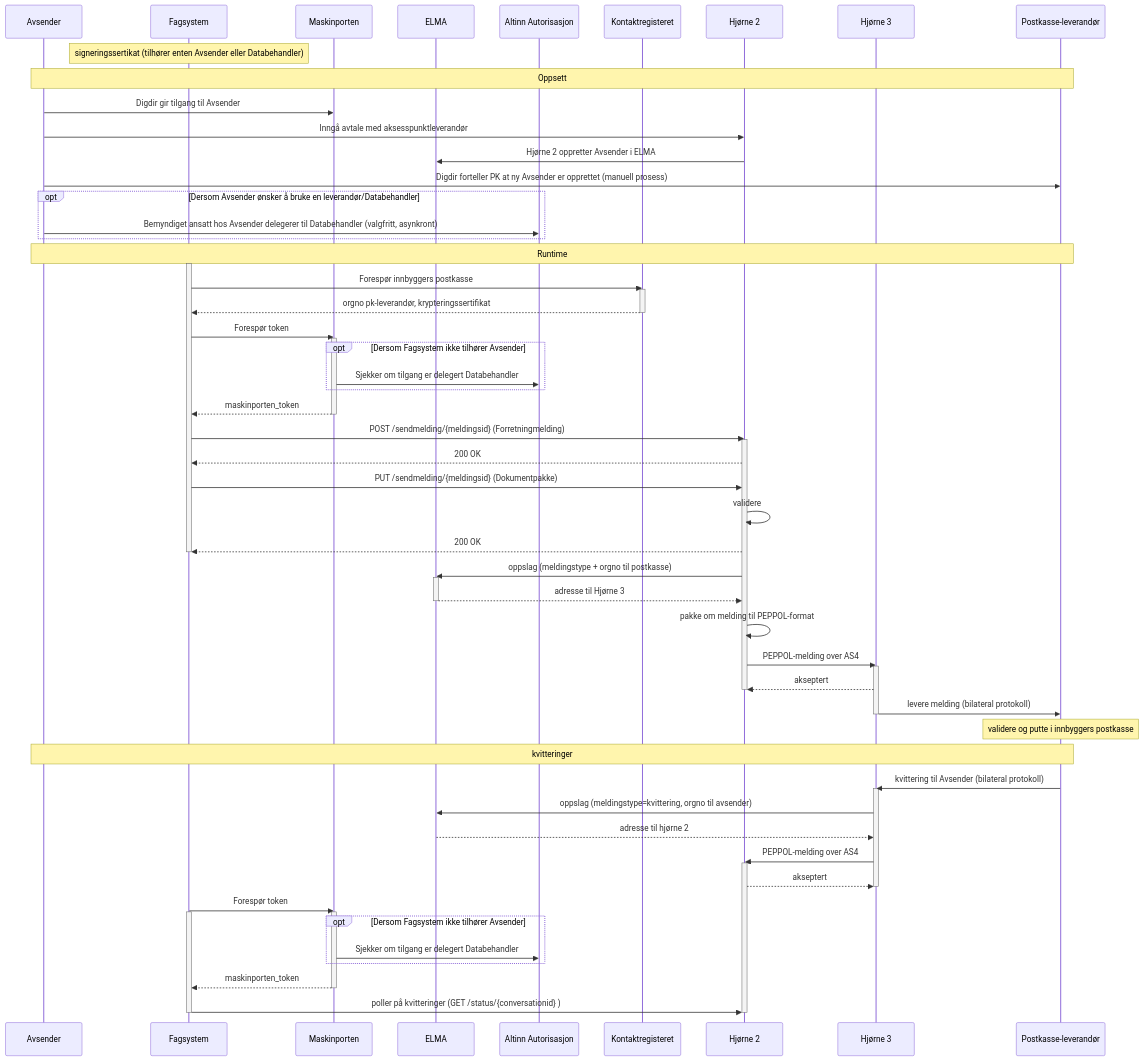
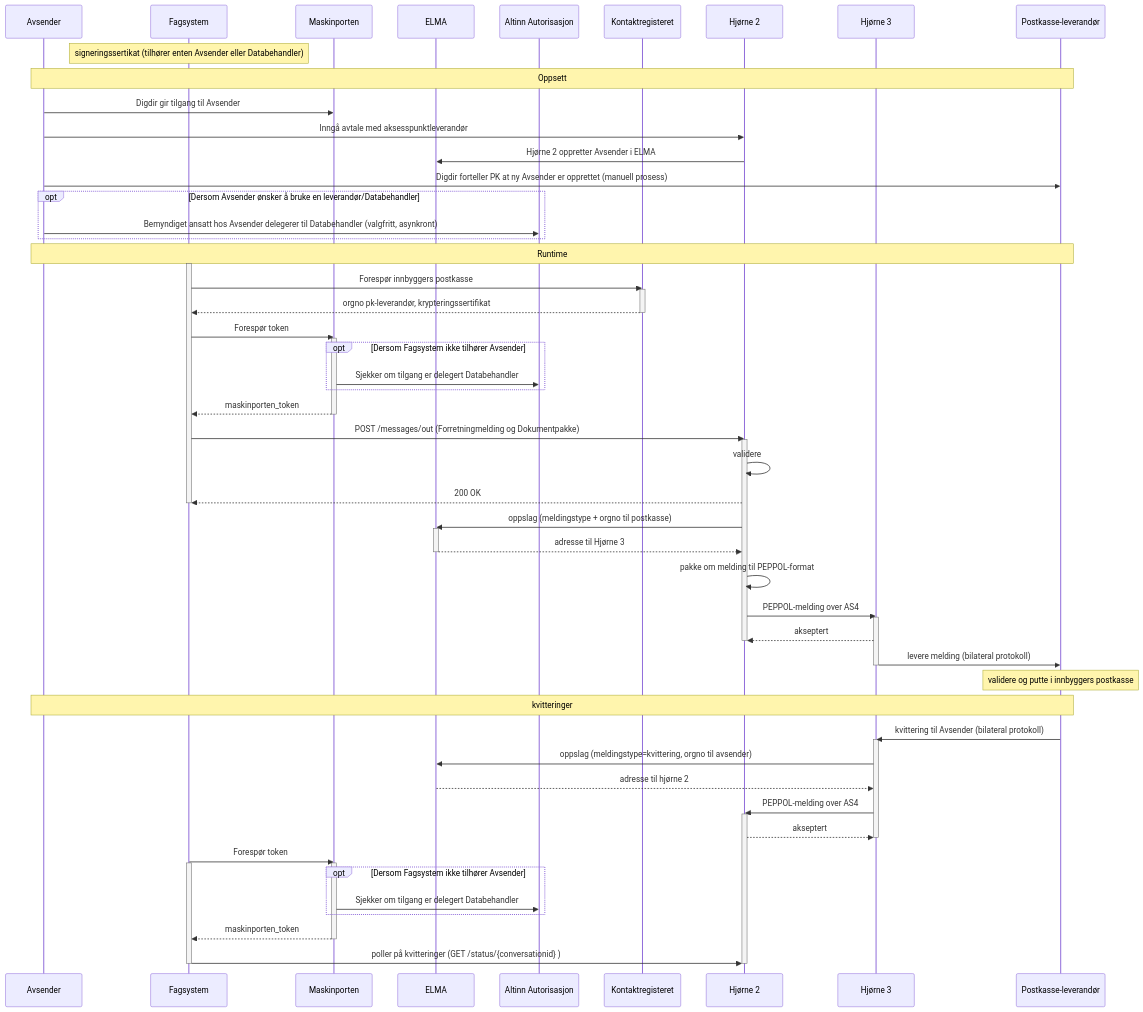
Before and after one commit to felleslosninger/docs: the diagram in resources/begrep/sikkerDigitalPost/nyinf/oversikt/nyinfrastruktur.md, drawn with Mermaid. The commit also changed other lines of this file and 1 other file, not shown here.

Commit message:
Utbetra informasjon om ny transportinfrastruktur: korrigert eksempler og diagram, fjernet kommentarer om at deler av innholdet er skisser/forslag (som ikke lenger stemmer)

```diff
--- a/resources/begrep/sikkerDigitalPost/nyinf/oversikt/nyinfrastruktur.md
+++ b/resources/begrep/sikkerDigitalPost/nyinf/oversikt/nyinfrastruktur.md
@@ -202,10 +183,8 @@
   end
   MP-->>F: maskinporten_token
   deactivate MP
-  F->>C2: POST /sendmelding/{meldingsid} (Forretningmelding)
+  F->>C2: POST /messages/out (Forretningmelding og Dokumentpakke)
   activate C2
-  C2-->>F: 200 OK
-  F->>C2: PUT  /sendmelding/{meldingsid} (Dokumentpakke)
   C2->>C2: validere
   C2-->>F: 200 OK
   deactivate F
```
